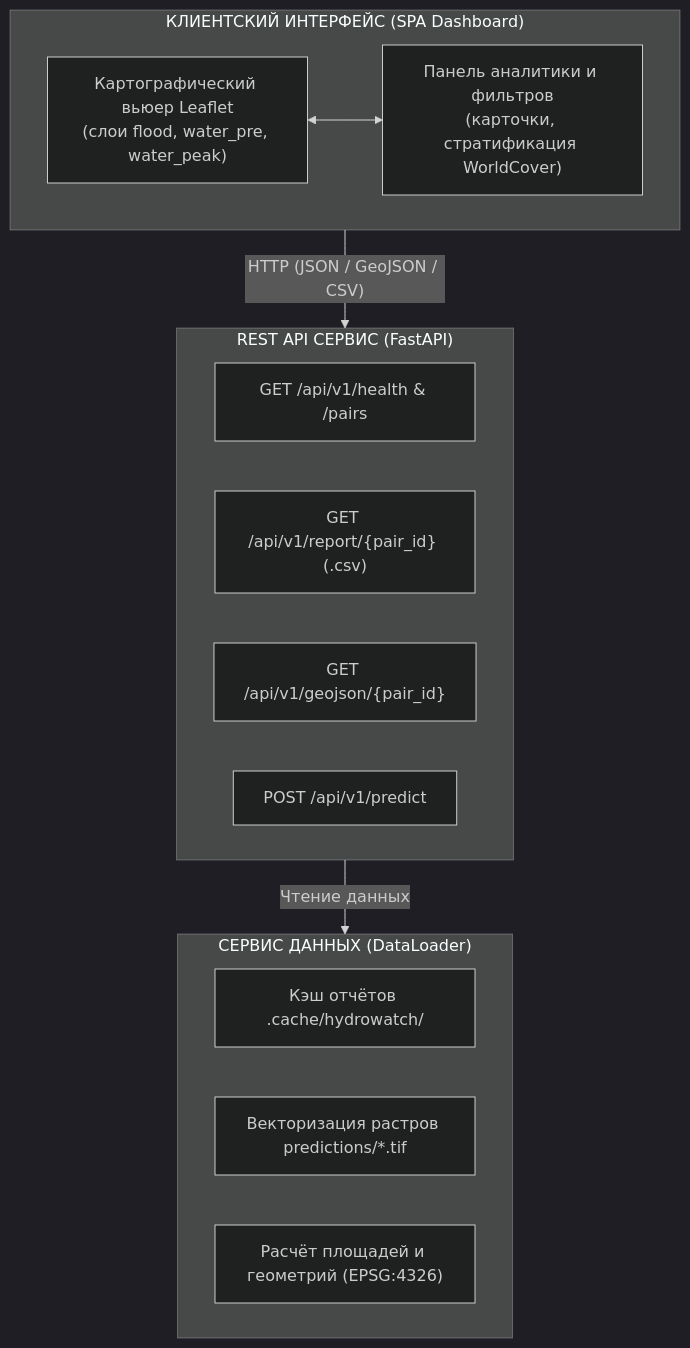
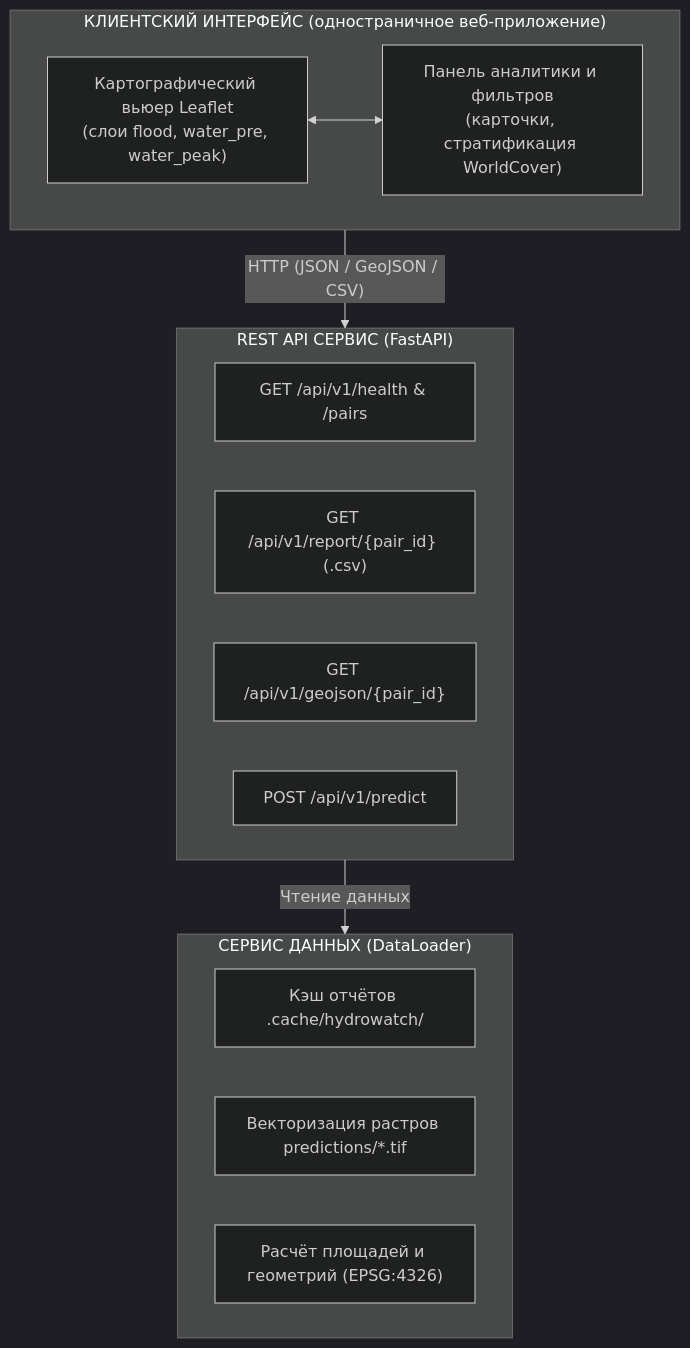
One commit to p4ulbr4dl3y/cosmohack-hydro-2026 changed the fourth of 4 diagrams in REPORT.md. Above: the diagram before and after it, drawn with Mermaid (dark theme). The commit also changed other lines of this file and 2 other files, not shown here.

````diff
--- a/REPORT.md
+++ b/REPORT.md
@@ -605,24 +605,24 @@
 ```mermaid
 flowchart TD
-    subgraph UI["КЛИЕНТСКИЙ ИНТЕРФЕЙС (SPA Dashboard)"]
+    subgraph UI["КЛИЕНТСКИЙ ИНТЕРФЕЙС (одностраничное веб-приложение)"]
         UI1["Картографический вьюер Leaflet<br/>(слои flood, water_pre, water_peak)"]
         UI2["Панель аналитики и фильтров<br/>(карточки, стратификация WorldCover)"]
         UI1 <--> UI2
     end
 
     subgraph API["REST API СЕРВИС (FastAPI)"]
         A1["GET /api/v1/health & /pairs"]
         A2["GET /api/v1/report/{pair_id} (.csv)"]
         A3["GET /api/v1/geojson/{pair_id}"]
         A4["POST /api/v1/predict"]
     end
 
     subgraph DATA["СЕРВИС ДАННЫХ (DataLoader)"]
         D1["Кэш отчётов .cache/hydrowatch/"]
         D2["Векторизация растров predictions/*.tif"]
         D3["Расчёт площадей и геометрий (EPSG:4326)"]
     end
 
     UI -->|"HTTP (JSON / GeoJSON / CSV)"| API
     API -->|"Чтение данных"| DATA
 ```
````
